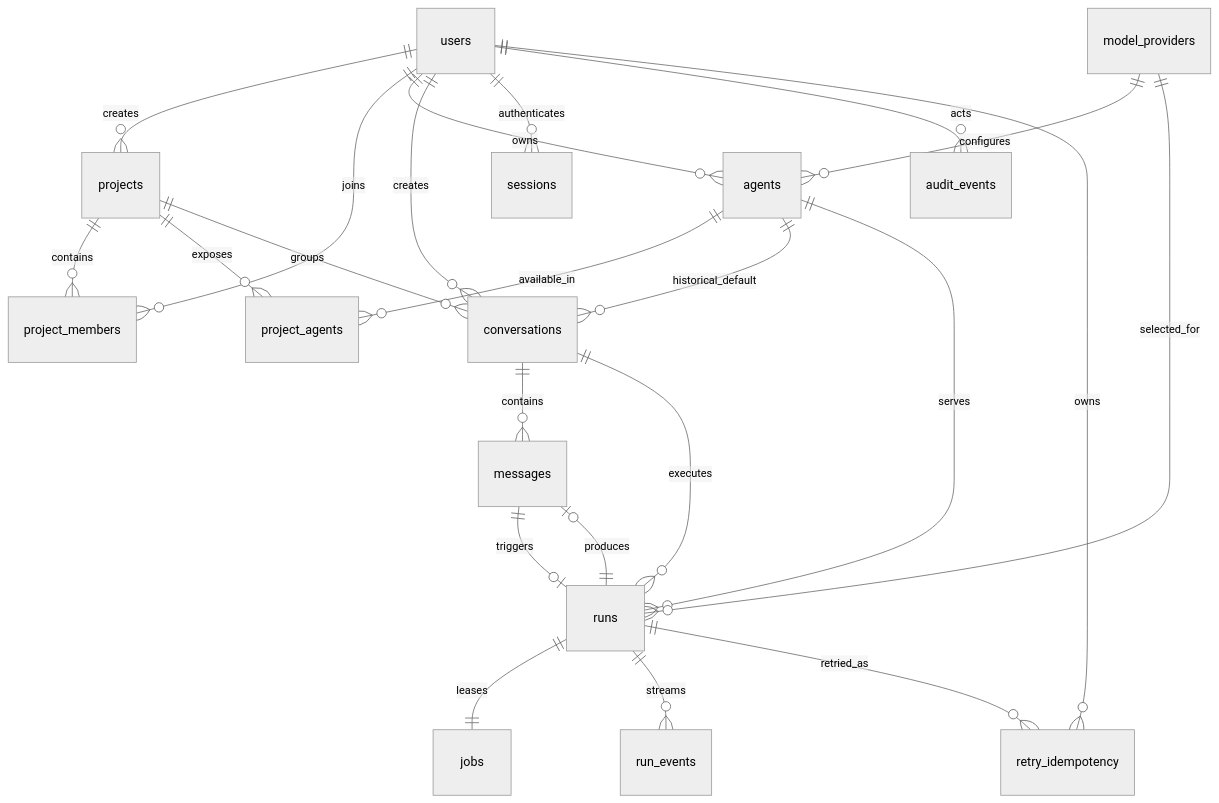
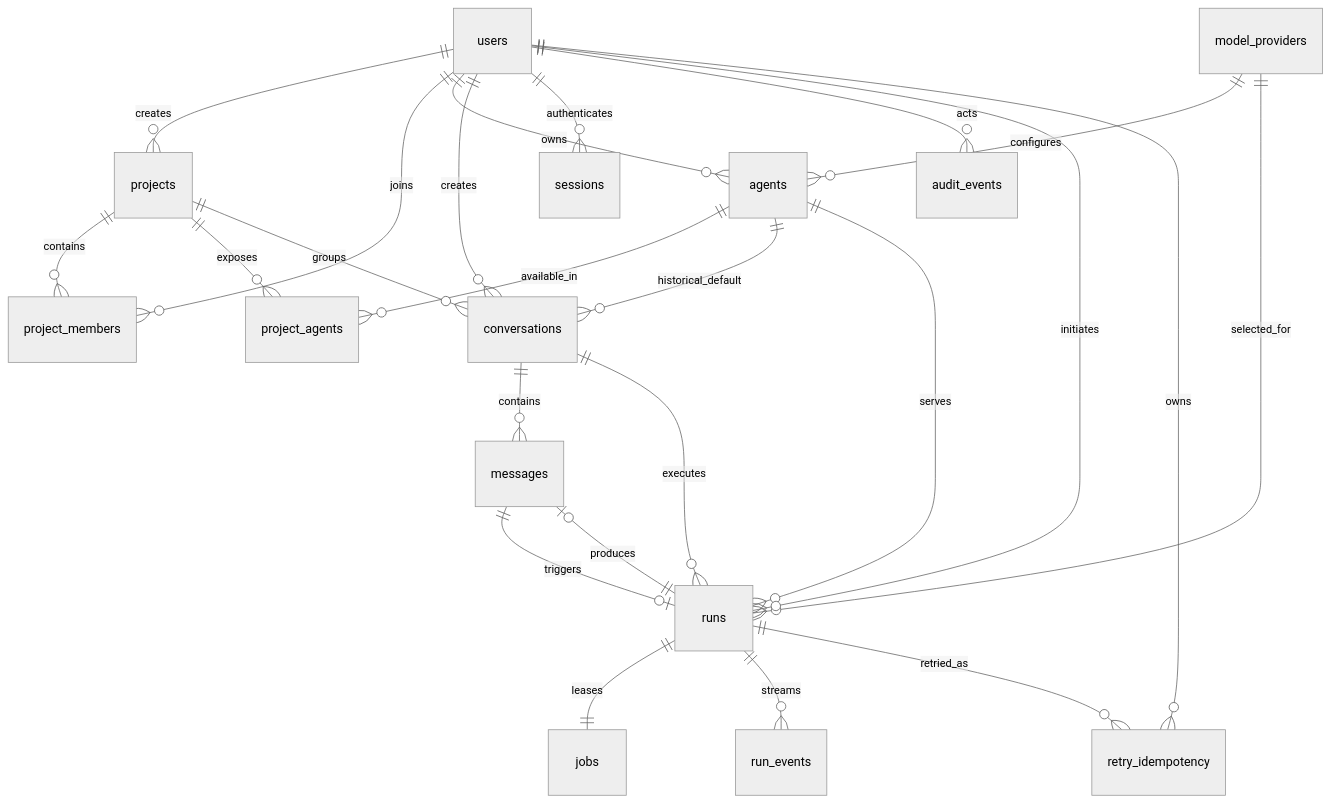
The diagram in docs/schema/erd.md (lzqyyy/ai-workspace-v2), drawn with Mermaid (neutral theme) before and after one commit. The commit also changed other lines of this file and 21 other files, not shown here.

````diff
--- a/docs/schema/erd.md
+++ b/docs/schema/erd.md
@@ -10,25 +10,26 @@
 ```mermaid
 erDiagram
     users ||--o{ projects : creates
     users ||--o{ project_members : joins
     projects ||--o{ project_members : contains
     projects ||--o{ project_agents : exposes
     agents ||--o{ project_agents : available_in
     users ||--o{ agents : owns
     users ||--o{ conversations : creates
     projects ||--o{ conversations : groups
     users ||--o{ sessions : authenticates
     model_providers ||--o{ agents : configures
     agents ||--o{ conversations : historical_default
     conversations ||--o{ messages : contains
     conversations ||--o{ runs : executes
     agents ||--o{ runs : serves
     model_providers ||--o{ runs : selected_for
     messages ||--o| runs : triggers
     runs ||--|| jobs : leases
     runs ||--o{ run_events : streams
     runs ||--o| messages : produces
     users ||--o{ audit_events : acts
+    users ||--o{ runs : initiates
     users ||--o{ retry_idempotency : owns
     runs ||--o{ retry_idempotency : retried_as
 ```
````
